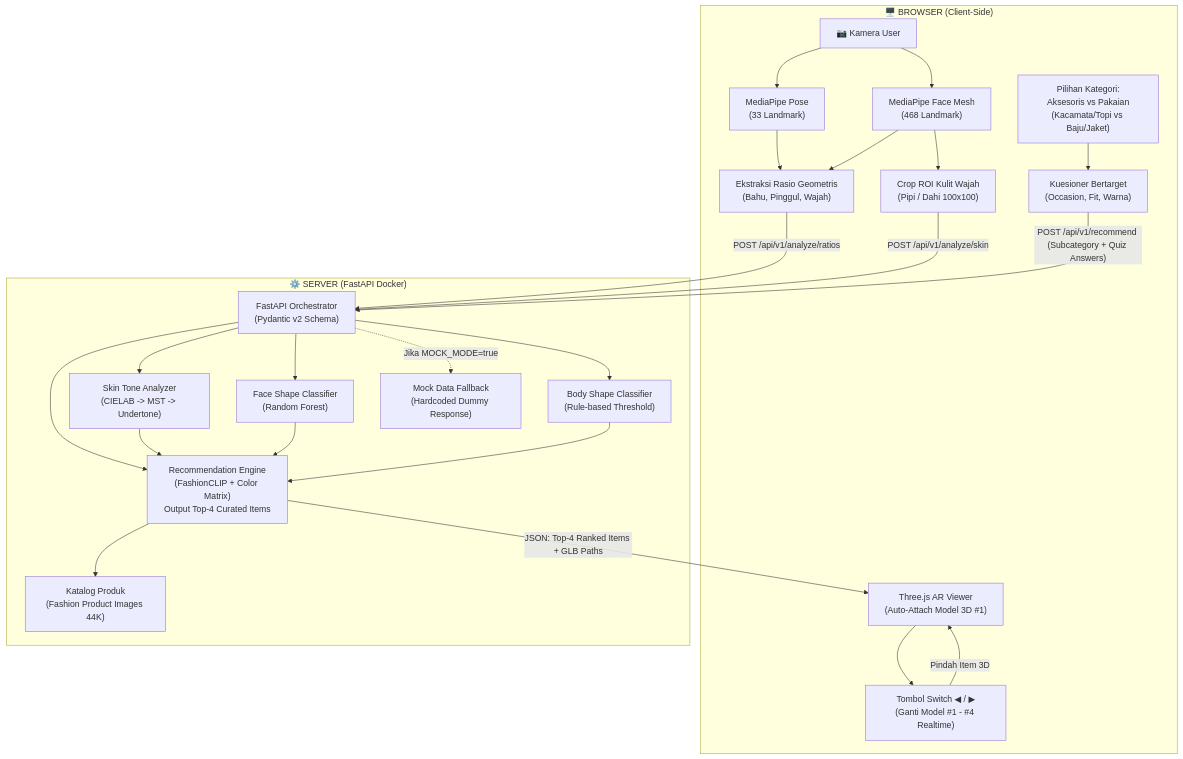
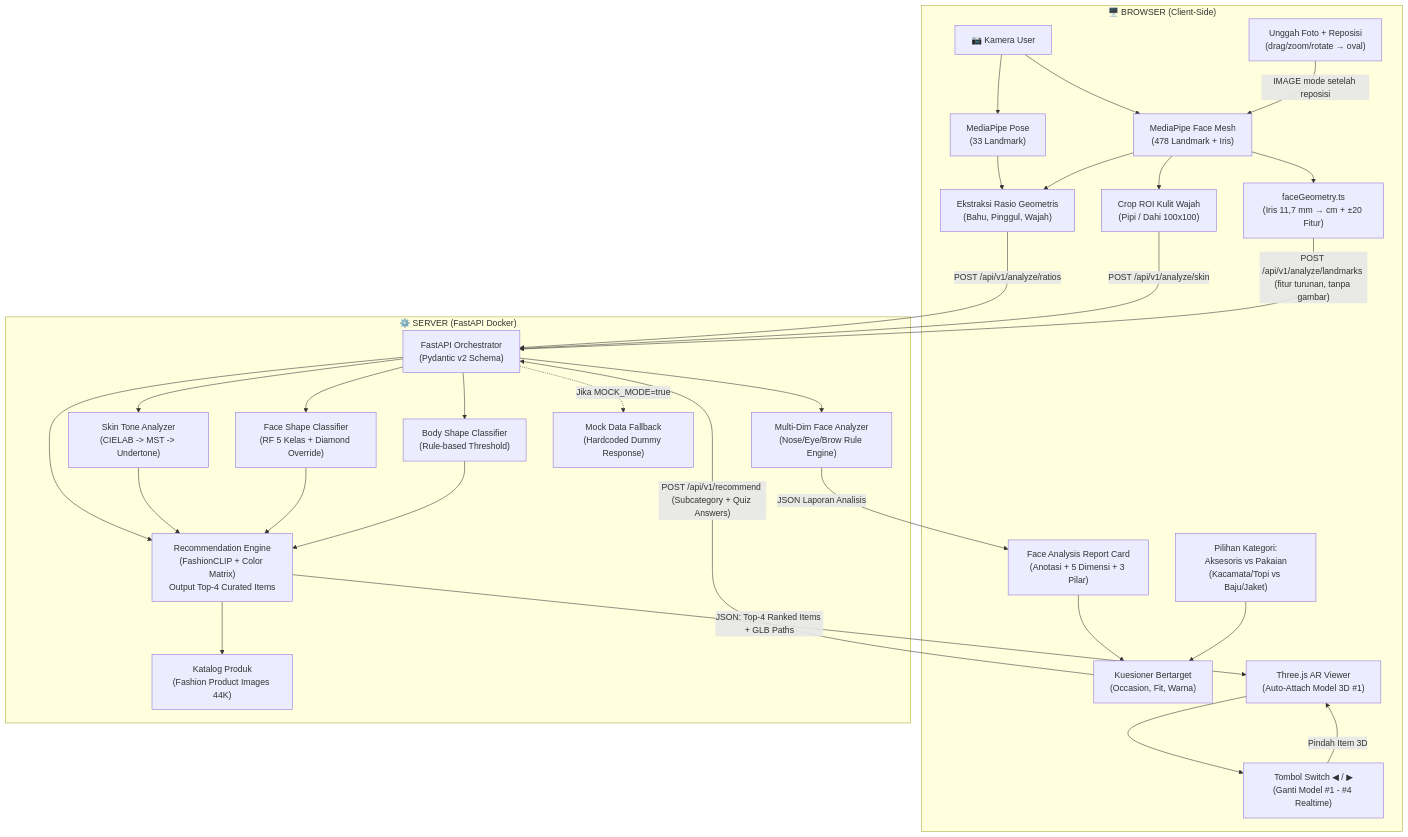
The diagram in PRD.md (HikariReiziq/Compfest-AIC), drawn with Mermaid before and after one commit. The commit also changed other lines of this file and 213 other files, not shown here.

Commit message:
docs: update SSOT specifications, multi-dimensional analysis plan, and project instructions

````diff
--- a/PRD.md
+++ b/PRD.md
@@ -208,50 +239,60 @@
 ```mermaid
 flowchart TB
     subgraph BROWSER["🖥️ BROWSER (Client-Side)"]
         CAM["📷 Kamera User"]
         MP_POSE["MediaPipe Pose\n(33 Landmark)"]
-        MP_FACE["MediaPipe Face Mesh\n(468 Landmark)"]
+        MP_FACE["MediaPipe Face Mesh\n(478 Landmark + Iris)"]
+        UPLOAD["Unggah Foto + Reposisi\n(drag/zoom/rotate → oval)"]
+        GEOM["faceGeometry.ts\n(Iris 11,7 mm → cm + ±20 Fitur)"]
+        REPORT["Face Analysis Report Card\n(Anotasi + 5 Dimensi + 3 Pilar)"]
         RATIO["Ekstraksi Rasio Geometris\n(Bahu, Pinggul, Wajah)"]
         CROP["Crop ROI Kulit Wajah\n(Pipi / Dahi 100x100)"]
         CAT_SELECT["Pilihan Kategori:\nAksesoris vs Pakaian\n(Kacamata/Topi vs Baju/Jaket)"]
         QUIZ["Kuesioner Bertarget\n(Occasion, Fit, Warna)"]
         AR_VIEW["Three.js AR Viewer\n(Auto-Attach Model 3D #1)"]
         SWITCH_UI["Tombol Switch ◀ / ▶\n(Ganti Model #1 - #4 Realtime)"]
     end
 
     subgraph SERVER["⚙️ SERVER (FastAPI Docker)"]
         ORCH["FastAPI Orchestrator\n(Pydantic v2 Schema)"]
         SKIN["Skin Tone Analyzer\n(CIELAB -> MST -> Undertone)"]
-        FACE_CLS["Face Shape Classifier\n(Random Forest)"]
+        FACE_CLS["Face Shape Classifier\n(RF 5 Kelas + Diamond Override)"]
+        FACE_MULTI["Multi-Dim Face Analyzer\n(Nose/Eye/Brow Rule Engine)"]
         BODY_CLS["Body Shape Classifier\n(Rule-based Threshold)"]
         REKO_ENG["Recommendation Engine\n(FashionCLIP + Color Matrix)\nOutput Top-4 Curated Items"]
         CATALOG["Katalog Produk\n(Fashion Product Images 44K)"]
         MOCK["Mock Data Fallback\n(Hardcoded Dummy Response)"]
     end
 
     CAM --> MP_POSE
     CAM --> MP_FACE
     MP_POSE --> RATIO
     MP_FACE --> RATIO
     MP_FACE --> CROP
 
     RATIO -->|"POST /api/v1/analyze/ratios"| ORCH
     CROP -->|"POST /api/v1/analyze/skin"| ORCH
+    UPLOAD -->|"IMAGE mode setelah reposisi"| MP_FACE
+    MP_FACE --> GEOM
+    GEOM -->|"POST /api/v1/analyze/landmarks (fitur turunan, tanpa gambar)"| ORCH
+    ORCH --> FACE_MULTI
+    FACE_MULTI -->|"JSON Laporan Analisis"| REPORT
+    REPORT --> QUIZ
     CAT_SELECT --> QUIZ
     QUIZ -->|"POST /api/v1/recommend (Subcategory + Quiz Answers)"| ORCH
 
     ORCH --> SKIN
     ORCH --> FACE_CLS
     ORCH --> BODY_CLS
     ORCH --> REKO_ENG
     ORCH -.->|"Jika MOCK_MODE=true"| MOCK
 
     SKIN --> REKO_ENG
     FACE_CLS --> REKO_ENG
     BODY_CLS --> REKO_ENG
     REKO_ENG --> CATALOG
 
     REKO_ENG -->|"JSON: Top-4 Ranked Items + GLB Paths"| AR_VIEW
     AR_VIEW --> SWITCH_UI
     SWITCH_UI -->|"Pindah Item 3D"| AR_VIEW
 ```
````
